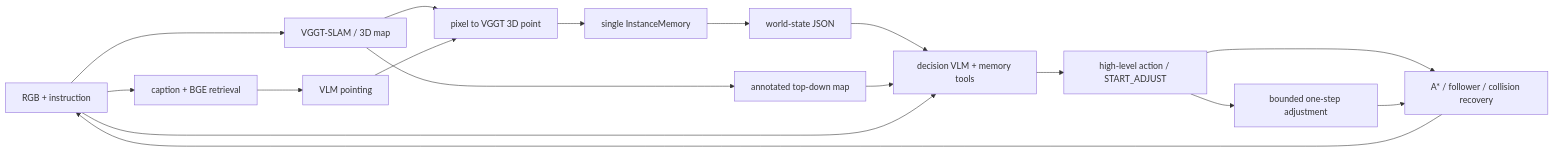
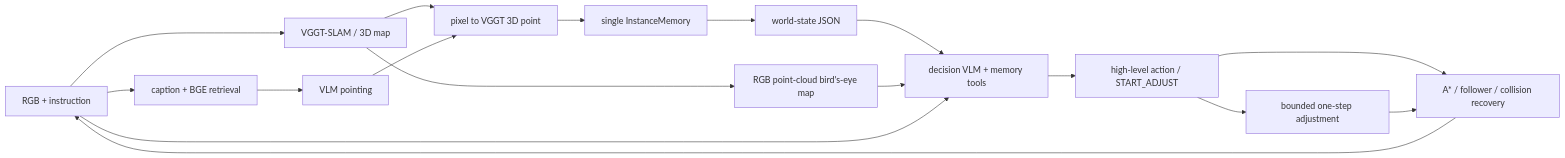
One commit to WeberFU23/VGGTNavAgent changed the diagram in AGENT_ARCHITECTURE.md. Above: the diagram before and after it, drawn with Mermaid. The commit also changed other lines of this file and 25 other files, not shown here.

Commit message:
改进建图精度与生成鸟瞰图的效果

````diff
--- a/AGENT_ARCHITECTURE.md
+++ b/AGENT_ARCHITECTURE.md
@@ -13,19 +13,19 @@
 ```mermaid
 flowchart LR
     RGB["RGB + instruction"] --> MAP["VGGT-SLAM / 3D map"]
     RGB --> CAP["caption + BGE retrieval"]
     CAP --> POINT["VLM pointing"]
     MAP --> P3D["pixel to VGGT 3D point"]
     POINT --> P3D
     P3D --> MEM["single InstanceMemory"]
     MEM --> STATE["world-state JSON"]
-    MAP --> TOP["annotated top-down map"]
+    MAP --> TOP["RGB point-cloud bird's-eye map"]
     STATE --> VLM["decision VLM + memory tools"]
     TOP --> VLM
     RGB --> VLM
     VLM --> HIGH["high-level action / START_ADJUST"]
     HIGH --> EXEC["A* / follower / collision recovery"]
     HIGH --> MICRO["bounded one-step adjustment"]
     MICRO --> EXEC
     EXEC --> RGB
 ```
````
